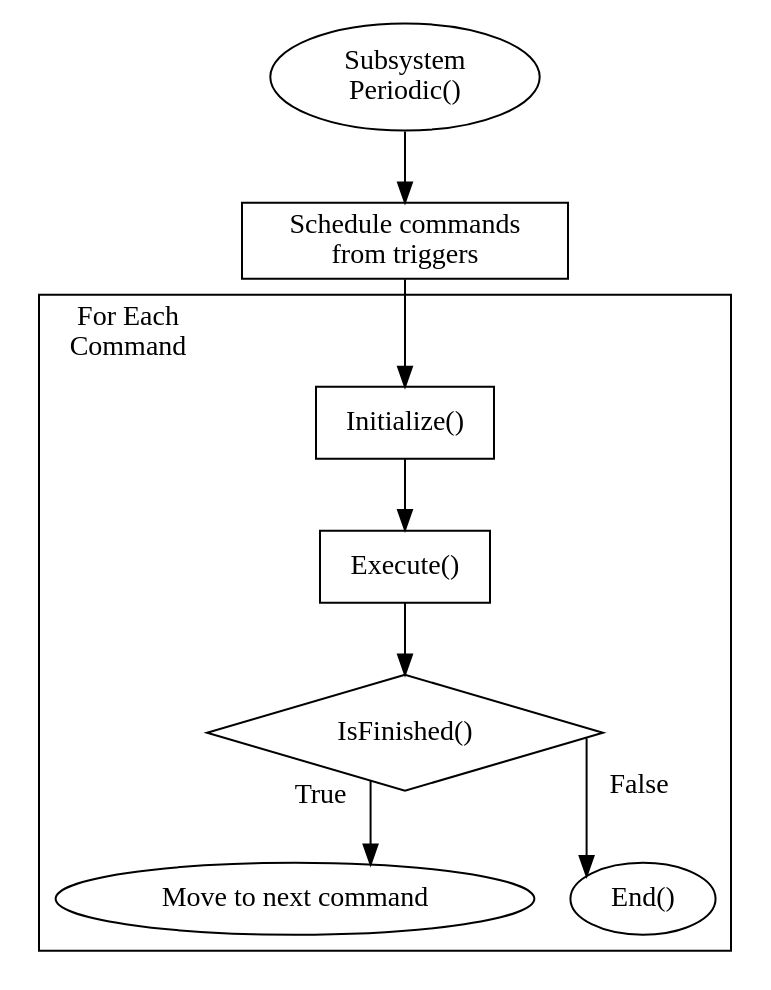
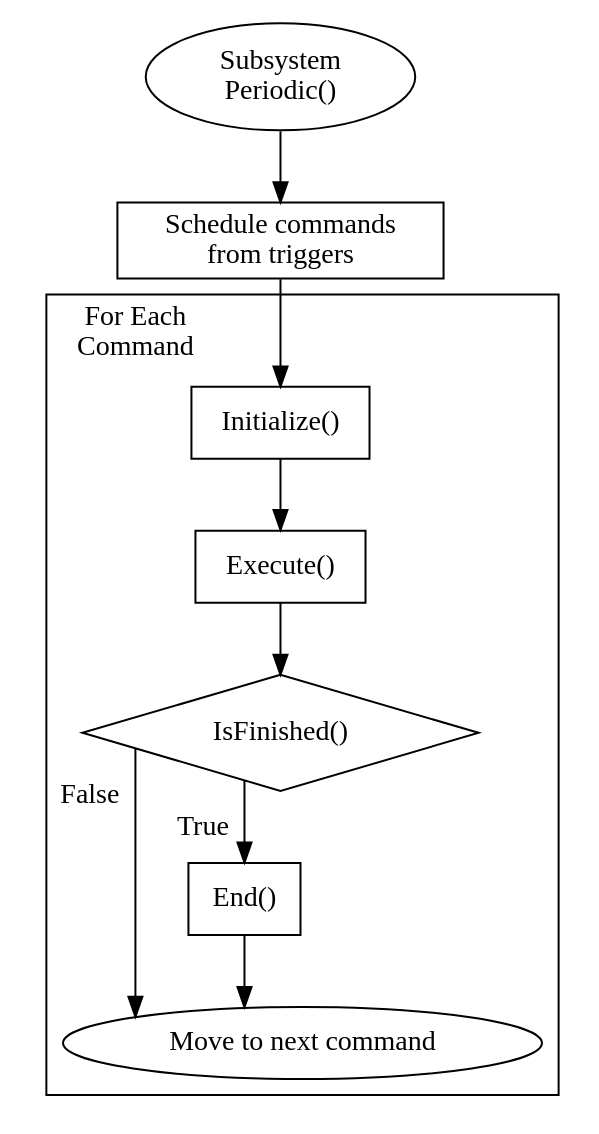
One commit to wpilibsuite/frc-docs changed the second of 2 diagrams in source/docs/software/commandbased/command-scheduler.rst. Above: the diagram before and after it, drawn with Graphviz.

Commit message:
Correct arrows after isFinished

```diff
--- a/source/docs/software/commandbased/command-scheduler.rst
+++ b/source/docs/software/commandbased/command-scheduler.rst
@@ -69,39 +69,40 @@
 .. graphviz::
     :alt: Scheduler Control Flow Diagram
 
     digraph control_flow {
         splines=ortho
         bgcolor="#FFFFFF00"
 
         // Processes
         node [shape=box]
             Initialize [label="Initialize()"]
             Execute [label="Execute()"]
             Triggers [label="Schedule commands\nfrom triggers"]
+            EndYes [label="End()"]
 
         // Terminals
         node [shape=oval]
             Start [label="Subsystem\nPeriodic()"]
-            EndYes [label="Move to next command"]
-            EndNo [label="End()"]
+            MoveNextCommand [label="Move to next command"]
 
         // Decisions
         node [shape=diamond, margin=0.1]
             Finished [label="IsFinished()"]
 
         Start -> Triggers
         Triggers -> Initialize
 
         // Decisions
         node [shape=diamond, margin=0.1]
             Finished [label="IsFinished()"]
 
         subgraph cluster_for_each_command {
             label="For Each\nCommand"
             labeljust="left"
             Initialize -> Execute -> Finished
 
-            Finished -> EndYes [taillabel="True  "]
-            Finished -> EndNo  [taillabel="\n  False  "]
+            Finished -> EndYes [taillabel="\n    True"]
+            EndYes -> MoveNextCommand
+            Finished -> MoveNextCommand  [taillabel="\n    False"]
         }
     }
```
